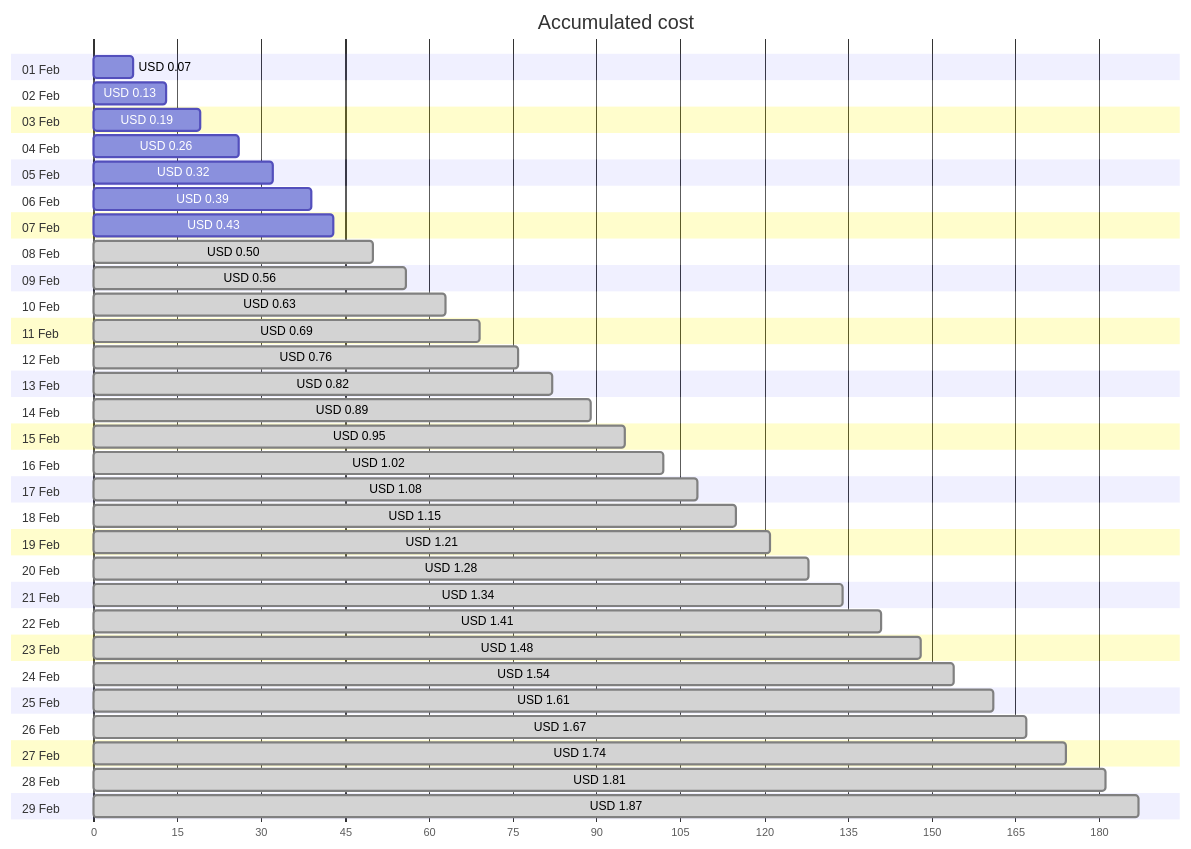
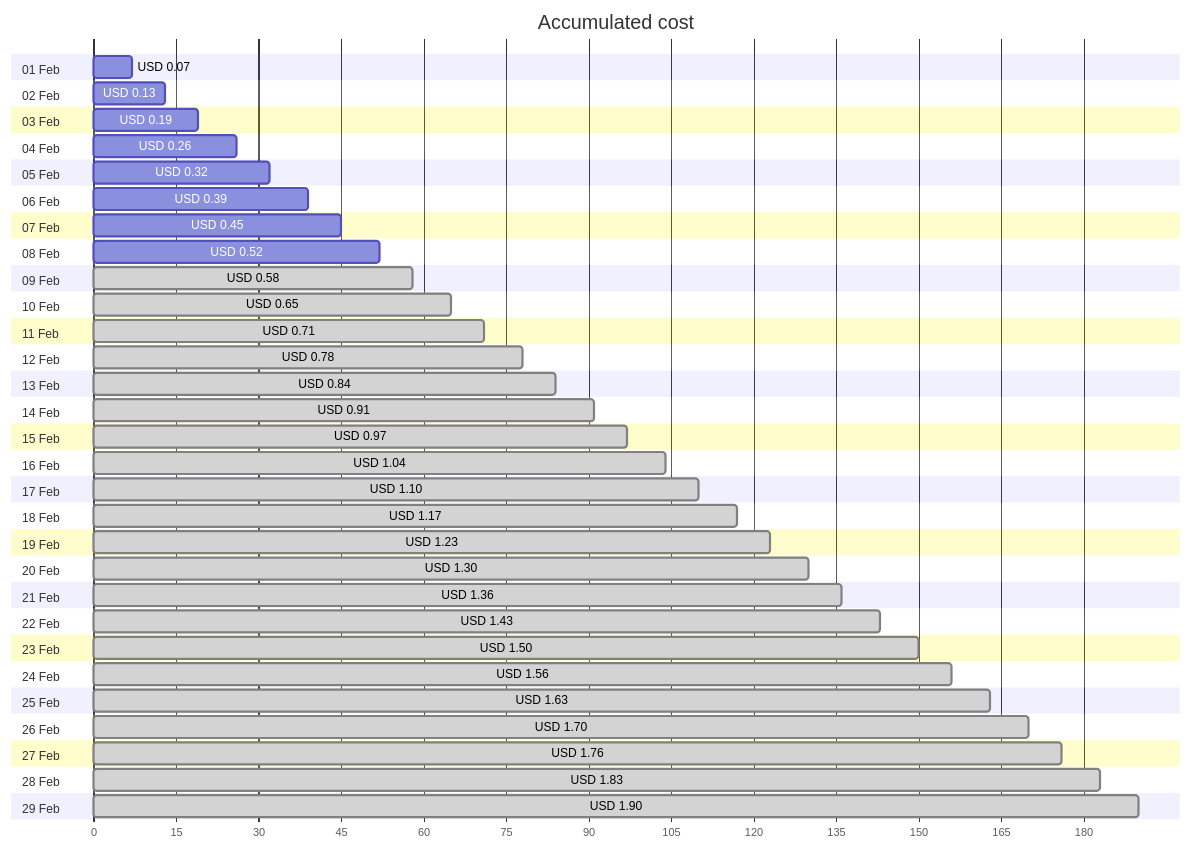
One commit to jpfulton/azure-personal-reports changed the first of 4 diagrams in cost-reports/personal-network/backup-server_OsDisk.md. Above: the diagram before and after it, drawn with Mermaid. The commit also changed other lines of this file and 8 other files, not shown here.

````diff
--- a/cost-reports/personal-network/backup-server_OsDisk.md
+++ b/cost-reports/personal-network/backup-server_OsDisk.md
@@ -20,64 +20,64 @@
 ```mermaid
 gantt
    title Accumulated cost
    dateFormat  X
    axisFormat %s
    section 01 Feb
    USD 0.07 :0, 7
    section 02 Feb
    USD 0.13 :0, 13
    section 03 Feb
    USD 0.19 :0, 19
    section 04 Feb
    USD 0.26 :0, 26
    section 05 Feb
    USD 0.32 :0, 32
    section 06 Feb
    USD 0.39 :0, 39
    section 07 Feb
-   USD 0.43 :0, 43
+   USD 0.45 :0, 45
    section 08 Feb
-   USD 0.50 : done, 0, 50
+   USD 0.52 :0, 52
    section 09 Feb
-   USD 0.56 : done, 0, 56
+   USD 0.58 : done, 0, 58
    section 10 Feb
-   USD 0.63 : done, 0, 63
+   USD 0.65 : done, 0, 65
    section 11 Feb
-   USD 0.69 : done, 0, 69
+   USD 0.71 : done, 0, 71
    section 12 Feb
-   USD 0.76 : done, 0, 76
+   USD 0.78 : done, 0, 78
    section 13 Feb
-   USD 0.82 : done, 0, 82
+   USD 0.84 : done, 0, 84
    section 14 Feb
-   USD 0.89 : done, 0, 89
+   USD 0.91 : done, 0, 91
    section 15 Feb
-   USD 0.95 : done, 0, 95
+   USD 0.97 : done, 0, 97
    section 16 Feb
-   USD 1.02 : done, 0, 102
+   USD 1.04 : done, 0, 104
    section 17 Feb
-   USD 1.08 : done, 0, 108
+   USD 1.10 : done, 0, 110
    section 18 Feb
-   USD 1.15 : done, 0, 115
+   USD 1.17 : done, 0, 117
    section 19 Feb
-   USD 1.21 : done, 0, 121
+   USD 1.23 : done, 0, 123
    section 20 Feb
-   USD 1.28 : done, 0, 128
+   USD 1.30 : done, 0, 130
    section 21 Feb
-   USD 1.34 : done, 0, 134
+   USD 1.36 : done, 0, 136
    section 22 Feb
-   USD 1.41 : done, 0, 141
+   USD 1.43 : done, 0, 143
    section 23 Feb
-   USD 1.48 : done, 0, 148
+   USD 1.50 : done, 0, 150
    section 24 Feb
-   USD 1.54 : done, 0, 154
+   USD 1.56 : done, 0, 156
    section 25 Feb
-   USD 1.61 : done, 0, 161
+   USD 1.63 : done, 0, 163
    section 26 Feb
-   USD 1.67 : done, 0, 167
+   USD 1.70 : done, 0, 170
    section 27 Feb
-   USD 1.74 : done, 0, 174
+   USD 1.76 : done, 0, 176
    section 28 Feb
-   USD 1.81 : done, 0, 181
+   USD 1.83 : done, 0, 183
    section 29 Feb
-   USD 1.87 : done, 0, 187
+   USD 1.90 : done, 0, 190
 ```
````
